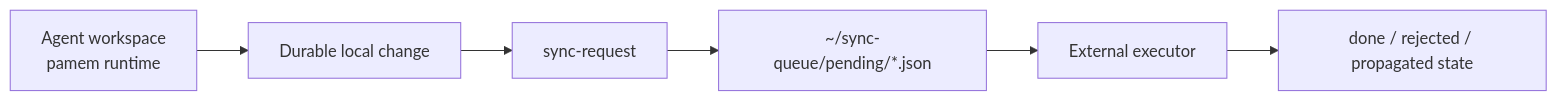
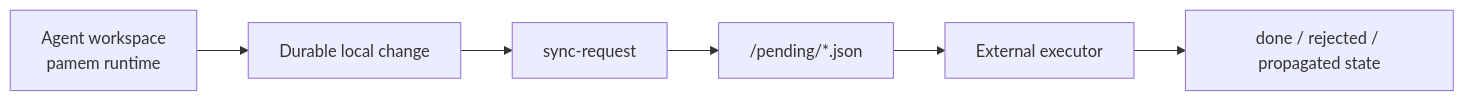
One commit to PHLens/pamem changed the first of 2 diagrams in SYNC.md. Above: the diagram before and after it, drawn with Mermaid. The commit also changed other lines of this file and 4 other files, not shown here.

````diff
--- a/SYNC.md
+++ b/SYNC.md
@@ -40,8 +40,8 @@
 ```mermaid
 flowchart LR
     A["Agent workspace<br/>pamem runtime"] --> B["Durable local change"]
     B --> C["sync-request"]
-    C --> D["~/sync-queue/pending/*.json"]
+    C --> D["<sync-queue-root>/pending/*.json"]
     D --> E["External executor"]
     E --> F["done / rejected / propagated state"]
 ```
````
